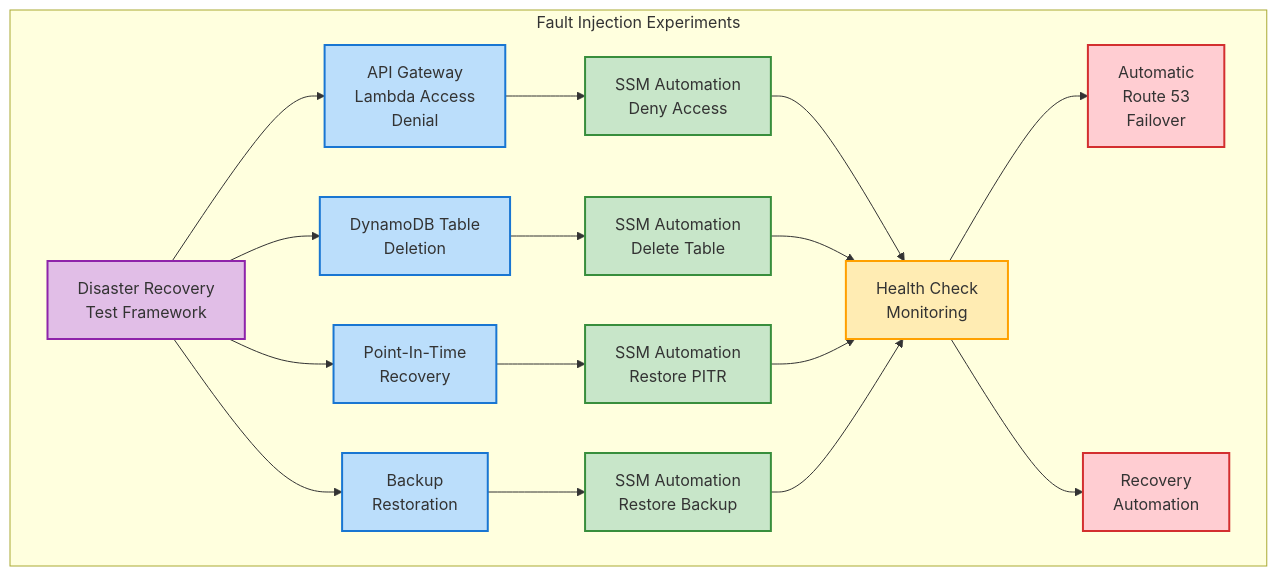
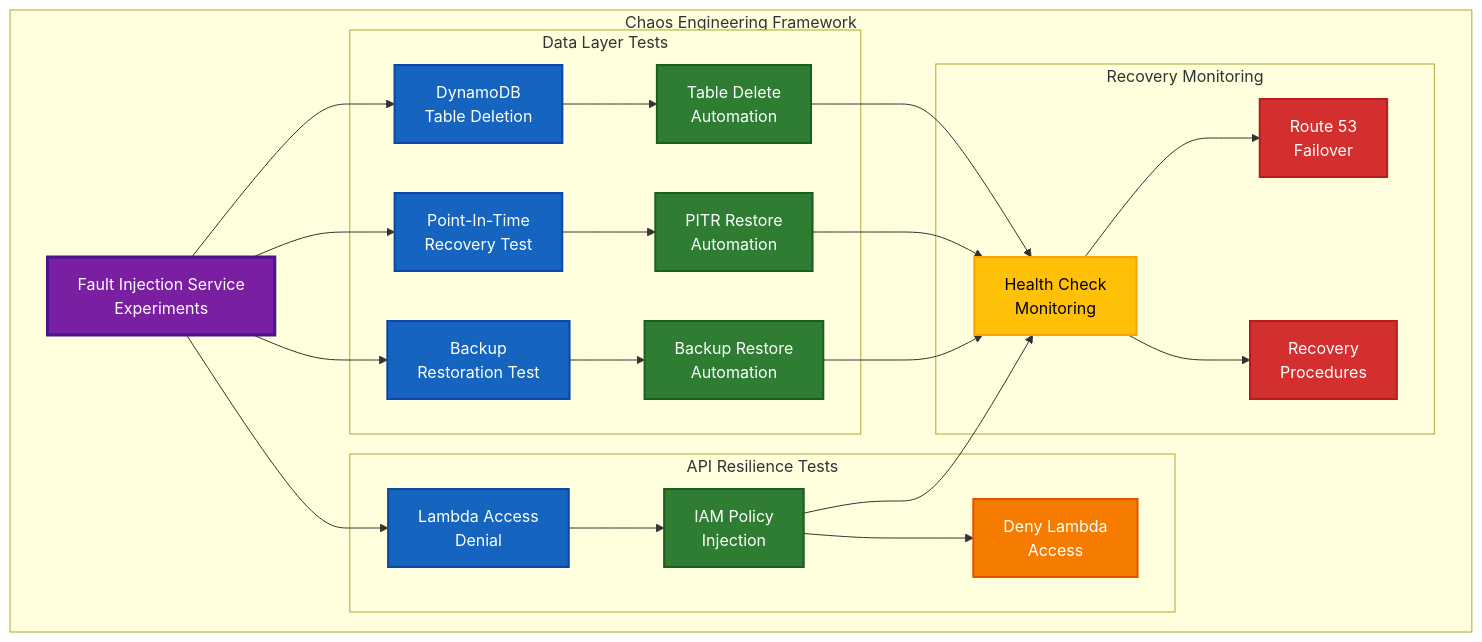
One commit to Hack23/lambda-in-private-vpc changed the fifth of 6 diagrams in README.md. Above: the diagram before and after it, drawn with Mermaid. The commit also changed other lines of this file, not shown here.

````diff
--- a/README.md
+++ b/README.md
@@ -204,36 +289,45 @@
 ```mermaid
-flowchart TB
-    subgraph "Fault Injection Experiments"
-        DR["Disaster Recovery\nTest Framework"]
+flowchart TD
+    subgraph "Chaos Engineering Framework"
+        DR["Fault Injection Service<br>Experiments"]:::framework
         
-        DR --> API_FAIL["API Gateway\nLambda Access\nDenial"]
-        DR --> DDB_DEL["DynamoDB Table\nDeletion"]
-        DR --> PITR["Point-In-Time\nRecovery"]
-        DR --> BACKUP["Backup\nRestoration"]
+        subgraph "API Resilience Tests"
+            API_FAIL["Lambda Access<br>Denial"]:::experiment
+            API_FAIL --> SSM_IAM["IAM Policy<br>Injection"]:::automation
+            SSM_IAM --> DENY_LAMBDA["Deny Lambda<br>Access"]:::action
+        end
         
-        API_FAIL --> SSM_API["SSM Automation\nDeny Access"]
-        DDB_DEL --> SSM_DEL["SSM Automation\nDelete Table"]
-        PITR --> SSM_PITR["SSM Automation\nRestore PITR"]
-        BACKUP --> SSM_BACK["SSM Automation\nRestore Backup"]
+        subgraph "Data Layer Tests"
+            DDB_DEL["DynamoDB<br>Table Deletion"]:::experiment
+            DDB_DEL --> SSM_DEL["Table Delete<br>Automation"]:::automation
+            
+            PITR["Point-In-Time<br>Recovery Test"]:::experiment
+            PITR --> SSM_PITR["PITR Restore<br>Automation"]:::automation
+            
+            BACKUP["Backup<br>Restoration Test"]:::experiment
+            BACKUP --> SSM_BACK["Backup Restore<br>Automation"]:::automation
+        end
         
-        SSM_API --> MONITOR["Health Check\nMonitoring"]
-        SSM_DEL --> MONITOR
-        SSM_PITR --> MONITOR
-        SSM_BACK --> MONITOR
+        DR --> API_FAIL
+        DR --> DDB_DEL
+        DR --> PITR
+        DR --> BACKUP
         
-        MONITOR --> FAILOVER["Automatic\nRoute 53\nFailover"]
-        MONITOR --> RESTORE["Recovery\nAutomation"]
+        subgraph "Recovery Monitoring"
+            MONITOR["Health Check<br>Monitoring"]:::monitoring
+            FAILOVER["Route 53<br>Failover"]:::recovery
+            RESTORE["Recovery<br>Procedures"]:::recovery
+        end
+        
+        SSM_IAM & SSM_DEL & SSM_PITR & SSM_BACK --> MONITOR
+        MONITOR --> FAILOVER
+        MONITOR --> RESTORE
     end
 
-    classDef framework fill:#e1bee7,stroke:#8e24aa,stroke-width:2px;
-    classDef experiment fill:#bbdefb,stroke:#1976d2,stroke-width:2px;
-    classDef automation fill:#c8e6c9,stroke:#388e3c,stroke-width:2px;
-    classDef monitoring fill:#ffecb3,stroke:#ffa000,stroke-width:2px;
-    classDef recovery fill:#ffcdd2,stroke:#d32f2f,stroke-width:2px;
-    
-    class DR framework;
-    class API_FAIL,DDB_DEL,PITR,BACKUP experiment;
-    class SSM_API,SSM_DEL,SSM_PITR,SSM_BACK automation;
-    class MONITOR monitoring;
-    class FAILOVER,RESTORE recovery;
+    classDef framework fill:#7B1FA2,stroke:#4A148C,stroke-width:3px,color:#FFFFFF
+    classDef experiment fill:#1565C0,stroke:#0D47A1,stroke-width:2px,color:#FFFFFF
+    classDef automation fill:#2E7D32,stroke:#1B5E20,stroke-width:2px,color:#FFFFFF
+    classDef action fill:#F57C00,stroke:#E65100,stroke-width:2px,color:#FFFFFF
+    classDef monitoring fill:#FFC107,stroke:#FFA000,stroke-width:2px,color:#000000
+    classDef recovery fill:#D32F2F,stroke:#B71C1C,stroke-width:2px,color:#FFFFFF
 ```
````
